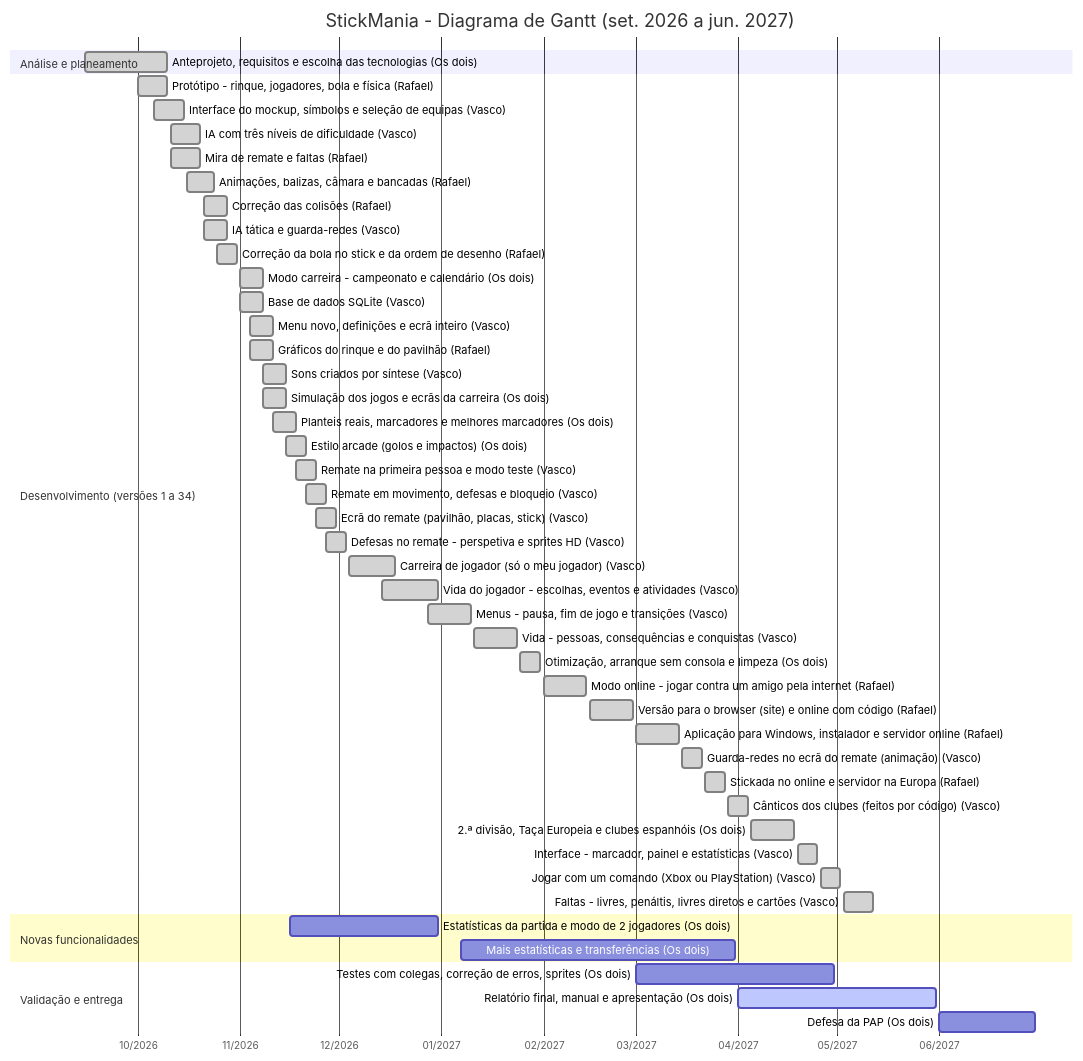
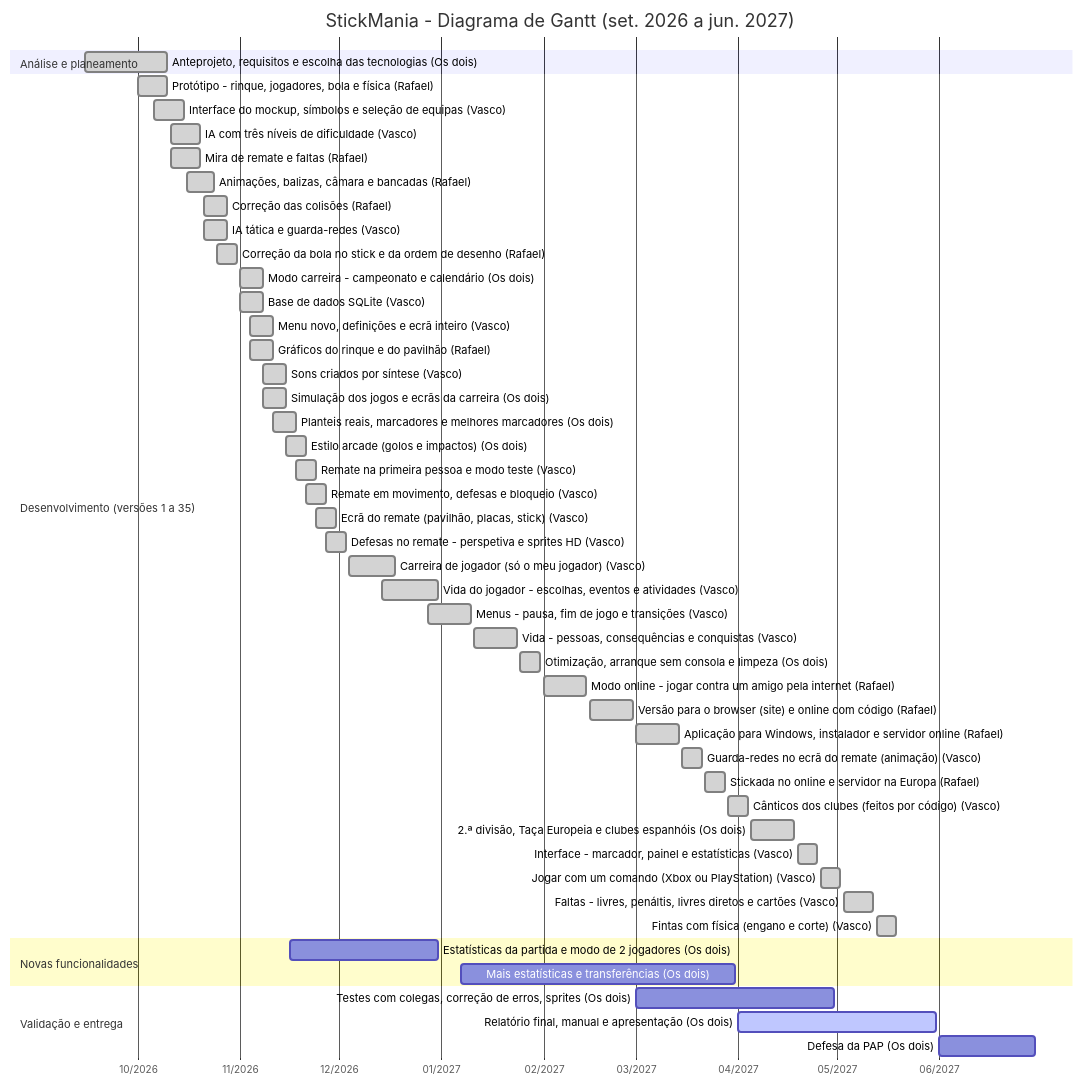
One commit to RafaelSilveira23/Stickmaniapap changed the diagram in docs/GANTT.md. Above: the diagram before and after it, drawn with Mermaid. The commit also changed other lines of this file and 21 other files, not shown here.

First line of the commit message:
feat: fintas com fisica (versao 35)

````diff
--- a/docs/GANTT.md
+++ b/docs/GANTT.md
@@ -13,53 +13,54 @@
 ```mermaid
 gantt
     title StickMania - Diagrama de Gantt (set. 2026 a jun. 2027)
     dateFormat YYYY-MM-DD
     axisFormat %m/%Y
     tickInterval 1month
     todayMarker off
     section Análise e planeamento
     Anteprojeto, requisitos e escolha das tecnologias (Os dois) :done, t1, 2026-09-15, 2026-10-10
-    section Desenvolvimento (versões 1 a 34)
+    section Desenvolvimento (versões 1 a 35)
     Protótipo - rinque, jogadores, bola e física (Rafael) :done, t2, 2026-10-01, 2026-10-10
     Interface do mockup, símbolos e seleção de equipas (Vasco) :done, t3, 2026-10-06, 2026-10-15
     IA com três níveis de dificuldade (Vasco) :done, t4, 2026-10-11, 2026-10-20
     Mira de remate e faltas (Rafael) :done, t5, 2026-10-11, 2026-10-20
     Animações, balizas, câmara e bancadas (Rafael) :done, t6, 2026-10-16, 2026-10-24
     Correção das colisões (Rafael) :done, t7, 2026-10-21, 2026-10-28
     IA tática e guarda-redes (Vasco) :done, t8, 2026-10-21, 2026-10-28
     Correção da bola no stick e da ordem de desenho (Rafael) :done, t9, 2026-10-25, 2026-10-31
     Modo carreira - campeonato e calendário (Os dois) :done, t10, 2026-11-01, 2026-11-08
     Base de dados SQLite (Vasco) :done, t11, 2026-11-01, 2026-11-08
     Menu novo, definições e ecrã inteiro (Vasco) :done, t12, 2026-11-04, 2026-11-11
     Gráficos do rinque e do pavilhão (Rafael) :done, t13, 2026-11-04, 2026-11-11
     Sons criados por síntese (Vasco) :done, t14, 2026-11-08, 2026-11-15
     Simulação dos jogos e ecrãs da carreira (Os dois) :done, t15, 2026-11-08, 2026-11-15
     Planteis reais, marcadores e melhores marcadores (Os dois) :done, t16, 2026-11-11, 2026-11-18
     Estilo arcade (golos e impactos) (Os dois) :done, t17, 2026-11-15, 2026-11-21
     Remate na primeira pessoa e modo teste (Vasco) :done, t18, 2026-11-18, 2026-11-24
     Remate em movimento, defesas e bloqueio (Vasco) :done, t19, 2026-11-21, 2026-11-27
     Ecrã do remate (pavilhão, placas, stick) (Vasco) :done, t20, 2026-11-24, 2026-11-30
     Defesas no remate - perspetiva e sprites HD (Vasco) :done, t21, 2026-11-27, 2026-12-03
     Carreira de jogador (só o meu jogador) (Vasco) :done, t22, 2026-12-04, 2026-12-18
     Vida do jogador - escolhas, eventos e atividades (Vasco) :done, t23, 2026-12-14, 2026-12-31
     Menus - pausa, fim de jogo e transições (Vasco) :done, t24, 2026-12-28, 2027-01-10
     Vida - pessoas, consequências e conquistas (Vasco) :done, t25, 2027-01-11, 2027-01-24
     Otimização, arranque sem consola e limpeza (Os dois) :done, t26, 2027-01-25, 2027-01-31
     Modo online - jogar contra um amigo pela internet (Rafael) :done, t27, 2027-02-01, 2027-02-14
     Versão para o browser (site) e online com código (Rafael) :done, t28, 2027-02-15, 2027-02-28
     Aplicação para Windows, instalador e servidor online (Rafael) :done, t29, 2027-03-01, 2027-03-14
     Guarda-redes no ecrã do remate (animação) (Vasco) :done, t30, 2027-03-15, 2027-03-21
     Stickada no online e servidor na Europa (Rafael) :done, t31, 2027-03-22, 2027-03-28
     Cânticos dos clubes (feitos por código) (Vasco) :done, t32, 2027-03-29, 2027-04-04
     2.ª divisão, Taça Europeia e clubes espanhóis (Os dois) :done, t33, 2027-04-05, 2027-04-18
     Interface - marcador, painel e estatísticas (Vasco) :done, t34, 2027-04-19, 2027-04-25
     Jogar com um comando (Xbox ou PlayStation) (Vasco) :done, t35, 2027-04-26, 2027-05-02
     Faltas - livres, penáltis, livres diretos e cartões (Vasco) :done, t36, 2027-05-03, 2027-05-12
+    Fintas com física (engano e corte) (Vasco) :done, t37, 2027-05-13, 2027-05-19
     section Novas funcionalidades
-    Estatísticas da partida e modo de 2 jogadores (Os dois) :t37, 2026-11-16, 2026-12-31
-    Mais estatísticas e transferências (Os dois) :t38, 2027-01-07, 2027-03-31
+    Estatísticas da partida e modo de 2 jogadores (Os dois) :t38, 2026-11-16, 2026-12-31
+    Mais estatísticas e transferências (Os dois) :t39, 2027-01-07, 2027-03-31
     section Validação e entrega
-    Testes com colegas, correção de erros, sprites (Os dois) :t39, 2027-03-01, 2027-04-30
-    Relatório final, manual e apresentação (Os dois) :active, t40, 2027-04-01, 2027-05-31
-    Defesa da PAP (Os dois) :t41, 2027-06-01, 2027-06-30
+    Testes com colegas, correção de erros, sprites (Os dois) :t40, 2027-03-01, 2027-04-30
+    Relatório final, manual e apresentação (Os dois) :active, t41, 2027-04-01, 2027-05-31
+    Defesa da PAP (Os dois) :t42, 2027-06-01, 2027-06-30
 ```
````
